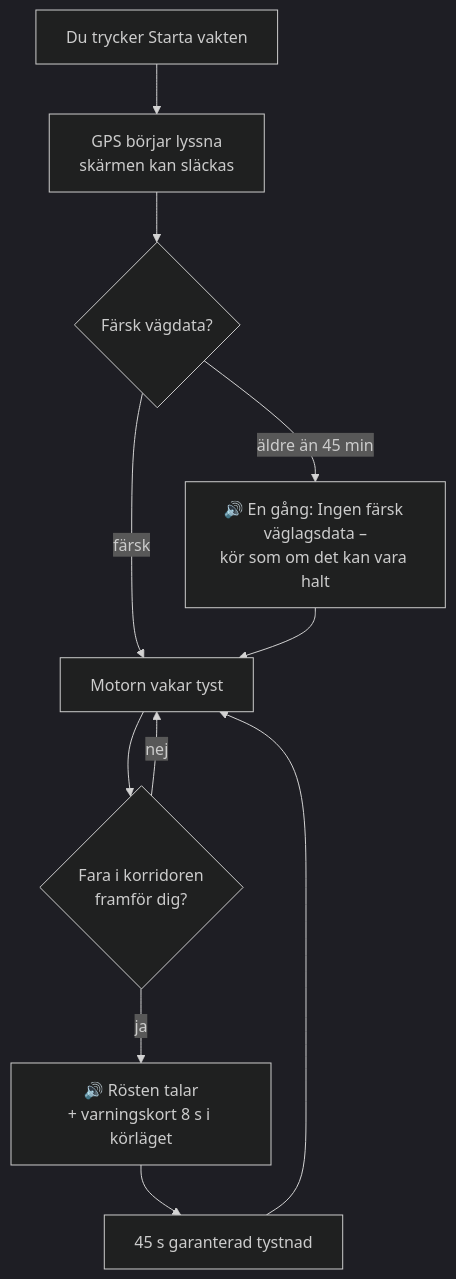
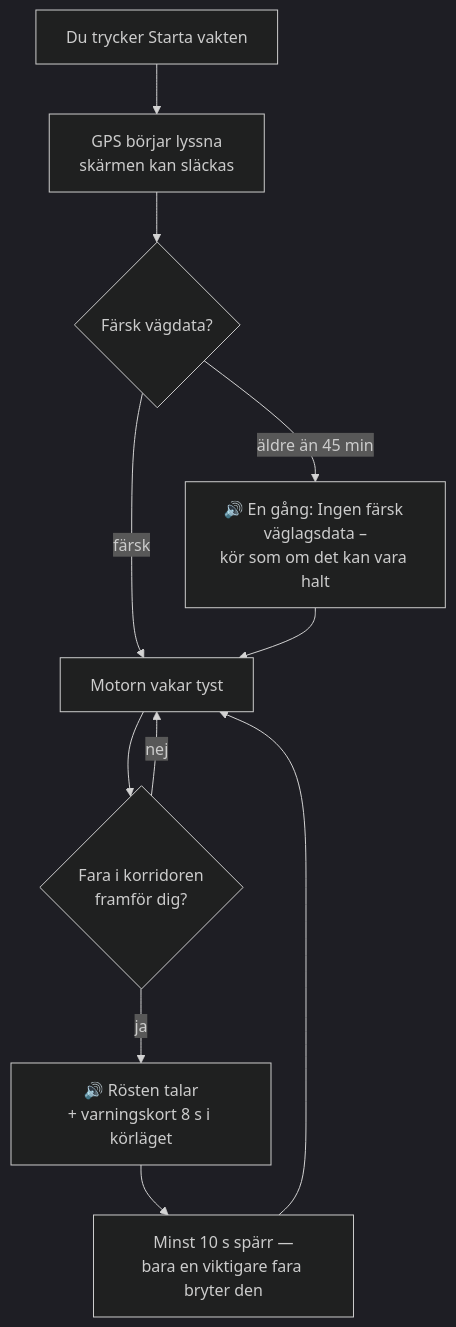
Before and after one commit to Axelstar/Halkvakt: the first of 4 diagrams in docs/PRODUKTBOK.md, drawn with Mermaid (dark theme). The commit also changed other lines of this file and 6 other files, not shown here.

````diff
--- a/docs/PRODUKTBOK.md
+++ b/docs/PRODUKTBOK.md
@@ -195,13 +202,13 @@
 ```mermaid
 flowchart TD
     A[Du trycker Starta vakten] --> B[GPS börjar lyssna<br/>skärmen kan släckas]
     B --> C{Färsk vägdata?}
     C -- "äldre än 45 min" --> D["🔊 En gång: Ingen färsk väglagsdata –<br/>kör som om det kan vara halt"]
     C -- färsk --> E[Motorn vakar tyst]
     D --> E
     E --> F{Fara i korridoren<br/>framför dig?}
     F -- nej --> E
     F -- ja --> G["🔊 Rösten talar<br/>+ varningskort 8 s i körläget"]
-    G --> H[45 s garanterad tystnad]
+    G --> H[Minst 10 s spärr —<br/>bara en viktigare fara bryter den]
     H --> E
 ```
````
